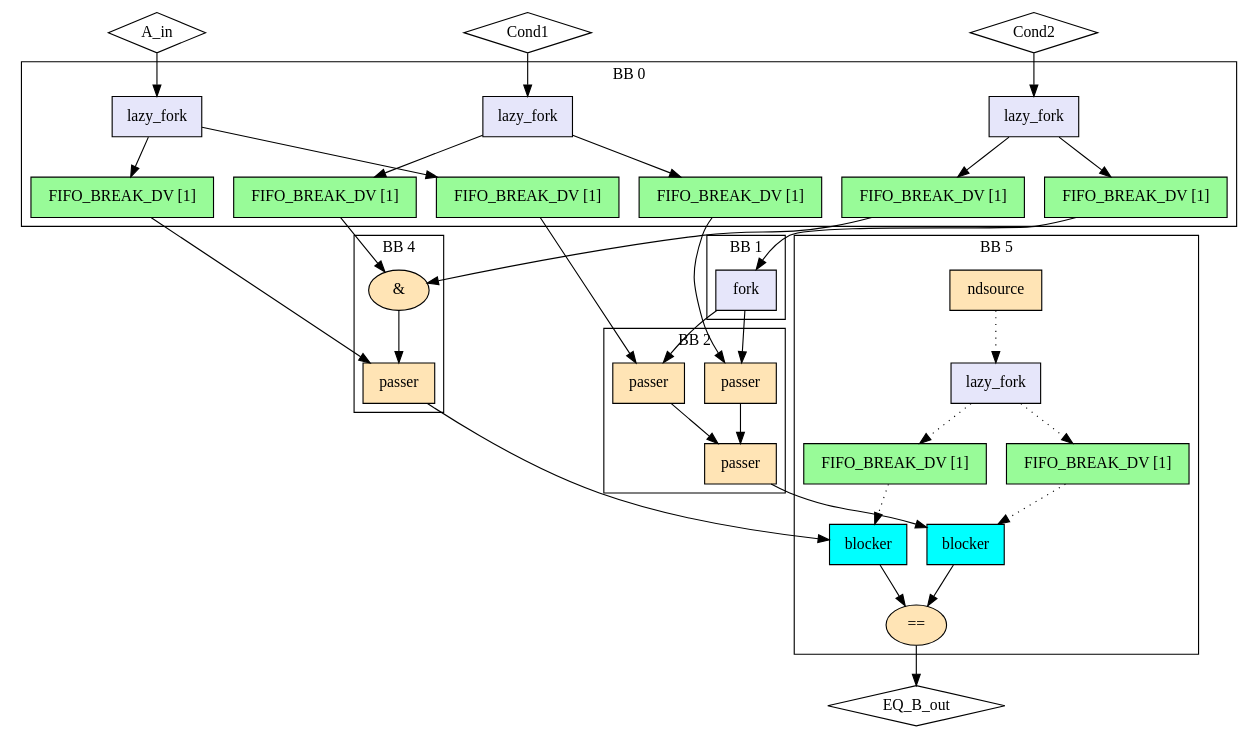
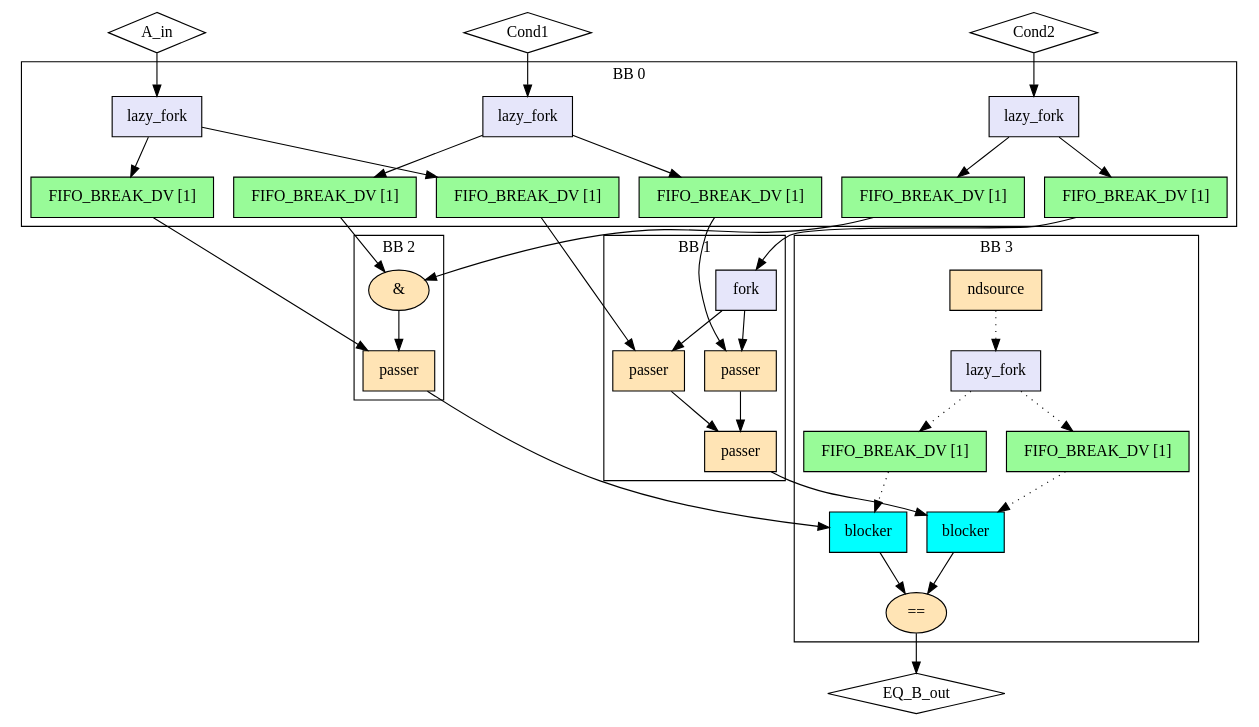
Before and after one commit to EPFL-LAP/dynamatic: the diagram in experimental/tools/elastic-miter/out/unify_sup/miter/model.dot, drawn with Graphviz. The commit also changed 932 other files, not shown here.

```diff
--- a/experimental/tools/elastic-miter/out/unify_sup/miter/model.dot
+++ b/experimental/tools/elastic-miter/out/unify_sup/miter/model.dot
@@ -1,75 +1,72 @@
 Digraph G {
   splines=spline
   compound=true
   "A_in" ["style"="solid", "shape"="diamond", "label"="A_in", "mlir_op"="handshake.func"]
   "Cond1" ["style"="solid", "shape"="diamond", "label"="Cond1", "mlir_op"="handshake.func"]
   "Cond2" ["style"="solid", "shape"="diamond", "label"="Cond2", "mlir_op"="handshake.func"]
   "EQ_B_out" ["style"="solid", "shape"="diamond", "label"="EQ_B_out", "mlir_op"="handshake.func"]
   "A_in" -> "in_fork_A_in" ["dir"="both", "style"="solid", "arrowhead"="normal", "from_idx"="0", "to"="ins", "arrowtail"="none", "from"="A_in", "to_idx"="0"]
   "Cond1" -> "in_fork_Cond1" ["dir"="both", "style"="solid", "arrowhead"="normal", "from_idx"="1", "to"="ins", "arrowtail"="none", "from"="Cond1", "to_idx"="0"]
   "Cond2" -> "in_fork_Cond2" ["dir"="both", "style"="solid", "arrowhead"="normal", "from_idx"="2", "to"="ins", "arrowtail"="none", "from"="Cond2", "to_idx"="0"]
   "lhs_in_buf_A_in" -> "lhs_passer2" ["dir"="both", "style"="solid", "arrowhead"="normal", "from_idx"="0", "to"="data", "arrowtail"="none", "from"="outs", "to_idx"="0"]
   "rhs_in_buf_A_in" -> "rhs_passer" ["dir"="both", "style"="solid", "arrowhead"="normal", "from_idx"="0", "to"="data", "arrowtail"="none", "from"="outs", "to_idx"="0"]
   "lhs_in_buf_Cond1" -> "lhs_passer1" ["dir"="both", "style"="solid", "arrowhead"="normal", "from_idx"="0", "to"="data", "arrowtail"="none", "from"="outs", "to_idx"="0"]
   "rhs_in_buf_Cond1" -> "rhs_andi" ["dir"="both", "style"="solid", "arrowhead"="normal", "from_idx"="0", "to"="lhs", "arrowtail"="none", "from"="outs", "to_idx"="0"]
-  "lhs_in_buf_Cond2" -> "lhs_vm_fork_2" ["dir"="both", "style"="solid", "arrowhead"="normal", "from_idx"="0", "to"="ins", "arrowtail"="none", "from"="outs", "to_idx"="0"]
+  "lhs_in_buf_Cond2" -> "lhs_fork_cond2" ["dir"="both", "style"="solid", "arrowhead"="normal", "from_idx"="0", "to"="ins", "arrowtail"="none", "from"="outs", "to_idx"="0"]
   "rhs_in_buf_Cond2" -> "rhs_andi" ["dir"="both", "style"="solid", "arrowhead"="normal", "from_idx"="0", "to"="rhs", "arrowtail"="none", "from"="outs", "to_idx"="1"]
   "out_eq_B_out" -> "EQ_B_out" ["dir"="both", "style"="solid", "arrowhead"="normal", "from_idx"="0", "to"="EQ_B_out", "arrowtail"="none", "from"="result", "to_idx"="0"]
-  "lhs_vm_fork_2" -> "lhs_passer1" ["dir"="both", "style"="solid", "arrowhead"="normal", "from_idx"="0", "to"="ctrl", "arrowtail"="none", "from"="outs_0", "to_idx"="1"]
-  "lhs_vm_fork_2" -> "lhs_passer2" ["dir"="both", "style"="solid", "arrowhead"="normal", "from_idx"="1", "to"="ctrl", "arrowtail"="none", "from"="outs_1", "to_idx"="1"]
   "lhs_passer3" -> "lhs_out_bl_B_out" ["dir"="both", "style"="solid", "arrowhead"="normal", "from_idx"="0", "to"="ins", "arrowtail"="none", "from"="result", "to_idx"="0"]
   "rhs_passer" -> "rhs_out_bl_B_out" ["dir"="both", "style"="solid", "arrowhead"="normal", "from_idx"="0", "to"="ins", "arrowtail"="none", "from"="result", "to_idx"="0"]
   subgraph cluster0 {
     graph ["label"="BB 0"]
     "in_fork_A_in" ["style"="filled", "fillcolor"="lavender", "shape"="box", "label"="lazy_fork", "mlir_op"="handshake.lazy_fork"]
     "lhs_in_buf_A_in" ["style"="filled", "fillcolor"="palegreen", "shape"="box", "label"="FIFO_BREAK_DV [1]", "mlir_op"="handshake.buffer"]
     "rhs_in_buf_A_in" ["style"="filled", "fillcolor"="palegreen", "shape"="box", "label"="FIFO_BREAK_DV [1]", "mlir_op"="handshake.buffer"]
     "in_fork_Cond1" ["style"="filled", "fillcolor"="lavender", "shape"="box", "label"="lazy_fork", "mlir_op"="handshake.lazy_fork"]
     "lhs_in_buf_Cond1" ["style"="filled", "fillcolor"="palegreen", "shape"="box", "label"="FIFO_BREAK_DV [1]", "mlir_op"="handshake.buffer"]
     "rhs_in_buf_Cond1" ["style"="filled", "fillcolor"="palegreen", "shape"="box", "label"="FIFO_BREAK_DV [1]", "mlir_op"="handshake.buffer"]
     "in_fork_Cond2" ["style"="filled", "fillcolor"="lavender", "shape"="box", "label"="lazy_fork", "mlir_op"="handshake.lazy_fork"]
     "lhs_in_buf_Cond2" ["style"="filled", "fillcolor"="palegreen", "shape"="box", "label"="FIFO_BREAK_DV [1]", "mlir_op"="handshake.buffer"]
     "rhs_in_buf_Cond2" ["style"="filled", "fillcolor"="palegreen", "shape"="box", "label"="FIFO_BREAK_DV [1]", "mlir_op"="handshake.buffer"]
     "in_fork_A_in" -> "lhs_in_buf_A_in" ["dir"="both", "style"="solid", "arrowhead"="normal", "from_idx"="0", "to"="ins", "arrowtail"="none", "from"="outs_0", "to_idx"="0"]
     "in_fork_A_in" -> "rhs_in_buf_A_in" ["dir"="both", "style"="solid", "arrowhead"="normal", "from_idx"="1", "to"="ins", "arrowtail"="none", "from"="outs_1", "to_idx"="0"]
     "in_fork_Cond1" -> "lhs_in_buf_Cond1" ["dir"="both", "style"="solid", "arrowhead"="normal", "from_idx"="0", "to"="ins", "arrowtail"="none", "from"="outs_0", "to_idx"="0"]
     "in_fork_Cond1" -> "rhs_in_buf_Cond1" ["dir"="both", "style"="solid", "arrowhead"="normal", "from_idx"="1", "to"="ins", "arrowtail"="none", "from"="outs_1", "to_idx"="0"]
     "in_fork_Cond2" -> "lhs_in_buf_Cond2" ["dir"="both", "style"="solid", "arrowhead"="normal", "from_idx"="0", "to"="ins", "arrowtail"="none", "from"="outs_0", "to_idx"="0"]
     "in_fork_Cond2" -> "rhs_in_buf_Cond2" ["dir"="both", "style"="solid", "arrowhead"="normal", "from_idx"="1", "to"="ins", "arrowtail"="none", "from"="outs_1", "to_idx"="0"]
   }
-  subgraph cluster5 {
-    graph ["label"="BB 5"]
+  subgraph cluster3 {
+    graph ["label"="BB 3"]
     "out_nds_B_out" ["style"="filled", "fillcolor"="moccasin", "shape"="box", "label"="ndsource", "mlir_op"="handshake.ndsource"]
     "out_lf_B_out" ["style"="filled", "fillcolor"="lavender", "shape"="box", "label"="lazy_fork", "mlir_op"="handshake.lazy_fork"]
     "out_buf_lhs_nds_B_out" ["style"="filled", "fillcolor"="palegreen", "shape"="box", "label"="FIFO_BREAK_DV [1]", "mlir_op"="handshake.buffer"]
     "out_buf_rhs_nds_B_out" ["style"="filled", "fillcolor"="palegreen", "shape"="box", "label"="FIFO_BREAK_DV [1]", "mlir_op"="handshake.buffer"]
     "lhs_out_bl_B_out" ["style"="filled", "fillcolor"="cyan", "shape"="box", "label"="blocker", "mlir_op"="handshake.blocker"]
     "rhs_out_bl_B_out" ["style"="filled", "fillcolor"="cyan", "shape"="box", "label"="blocker", "mlir_op"="handshake.blocker"]
     "out_eq_B_out" ["style"="filled", "fillcolor"="moccasin", "shape"="oval", "label"="==", "mlir_op"="handshake.cmpi=="]
     "out_nds_B_out" -> "out_lf_B_out" ["dir"="both", "style"="dotted", "arrowhead"="normal", "from_idx"="0", "to"="ins", "arrowtail"="none", "from"="result", "to_idx"="0"]
     "out_lf_B_out" -> "out_buf_lhs_nds_B_out" ["dir"="both", "style"="dotted", "arrowhead"="normal", "from_idx"="0", "to"="ins", "arrowtail"="none", "from"="outs_0", "to_idx"="0"]
     "out_lf_B_out" -> "out_buf_rhs_nds_B_out" ["dir"="both", "style"="dotted", "arrowhead"="normal", "from_idx"="1", "to"="ins", "arrowtail"="none", "from"="outs_1", "to_idx"="0"]
     "out_buf_lhs_nds_B_out" -> "lhs_out_bl_B_out" ["dir"="both", "style"="dotted", "arrowhead"="normal", "from_idx"="0", "to"="ctrl", "arrowtail"="none", "from"="outs", "to_idx"="1"]
     "out_buf_rhs_nds_B_out" -> "rhs_out_bl_B_out" ["dir"="both", "style"="dotted", "arrowhead"="normal", "from_idx"="0", "to"="ctrl", "arrowtail"="none", "from"="outs", "to_idx"="1"]
     "lhs_out_bl_B_out" -> "out_eq_B_out" ["dir"="both", "style"="solid", "arrowhead"="normal", "from_idx"="0", "to"="lhs", "arrowtail"="none", "from"="outs", "to_idx"="0"]
     "rhs_out_bl_B_out" -> "out_eq_B_out" ["dir"="both", "style"="solid", "arrowhead"="normal", "from_idx"="0", "to"="rhs", "arrowtail"="none", "from"="outs", "to_idx"="1"]
   }
   subgraph cluster1 {
     graph ["label"="BB 1"]
-    "lhs_vm_fork_2" ["style"="filled", "fillcolor"="lavender", "shape"="box", "label"="fork", "mlir_op"="handshake.fork"]
+    "lhs_fork_cond2" ["style"="filled", "fillcolor"="lavender", "shape"="box", "label"="fork", "mlir_op"="handshake.fork"]
+    "lhs_passer1" ["style"="filled", "fillcolor"="moccasin", "shape"="box", "label"="passer", "mlir_op"="handshake.passer"]
+    "lhs_passer2" ["style"="filled", "fillcolor"="moccasin", "shape"="box", "label"="passer", "mlir_op"="handshake.passer"]
+    "lhs_passer3" ["style"="filled", "fillcolor"="moccasin", "shape"="box", "label"="passer", "mlir_op"="handshake.passer"]
+    "lhs_fork_cond2" -> "lhs_passer1" ["dir"="both", "style"="solid", "arrowhead"="normal", "from_idx"="0", "to"="ctrl", "arrowtail"="none", "from"="outs_0", "to_idx"="1"]
+    "lhs_fork_cond2" -> "lhs_passer2" ["dir"="both", "style"="solid", "arrowhead"="normal", "from_idx"="1", "to"="ctrl", "arrowtail"="none", "from"="outs_1", "to_idx"="1"]
+    "lhs_passer1" -> "lhs_passer3" ["dir"="both", "style"="solid", "arrowhead"="normal", "from_idx"="0", "to"="ctrl", "arrowtail"="none", "from"="result", "to_idx"="1"]
+    "lhs_passer2" -> "lhs_passer3" ["dir"="both", "style"="solid", "arrowhead"="normal", "from_idx"="0", "to"="data", "arrowtail"="none", "from"="result", "to_idx"="0"]
   }
   subgraph cluster2 {
     graph ["label"="BB 2"]
-    "lhs_passer1" ["style"="filled", "fillcolor"="moccasin", "shape"="box", "label"="passer", "mlir_op"="handshake.passer"]
-    "lhs_passer2" ["style"="filled", "fillcolor"="moccasin", "shape"="box", "label"="passer", "mlir_op"="handshake.passer"]
-    "lhs_passer3" ["style"="filled", "fillcolor"="moccasin", "shape"="box", "label"="passer", "mlir_op"="handshake.passer"]
-    "lhs_passer1" -> "lhs_passer3" ["dir"="both", "style"="solid", "arrowhead"="normal", "from_idx"="0", "to"="ctrl", "arrowtail"="none", "from"="result", "to_idx"="1"]
-    "lhs_passer2" -> "lhs_passer3" ["dir"="both", "style"="solid", "arrowhead"="normal", "from_idx"="0", "to"="data", "arrowtail"="none", "from"="result", "to_idx"="0"]
-  }
-  subgraph cluster4 {
-    graph ["label"="BB 4"]
     "rhs_andi" ["style"="filled", "fillcolor"="moccasin", "shape"="oval", "label"="&", "mlir_op"="handshake.andi"]
     "rhs_passer" ["style"="filled", "fillcolor"="moccasin", "shape"="box", "label"="passer", "mlir_op"="handshake.passer"]
     "rhs_andi" -> "rhs_passer" ["dir"="both", "style"="solid", "arrowhead"="normal", "from_idx"="0", "to"="ctrl", "arrowtail"="none", "from"="result", "to_idx"="1"]
   }
 }
```
